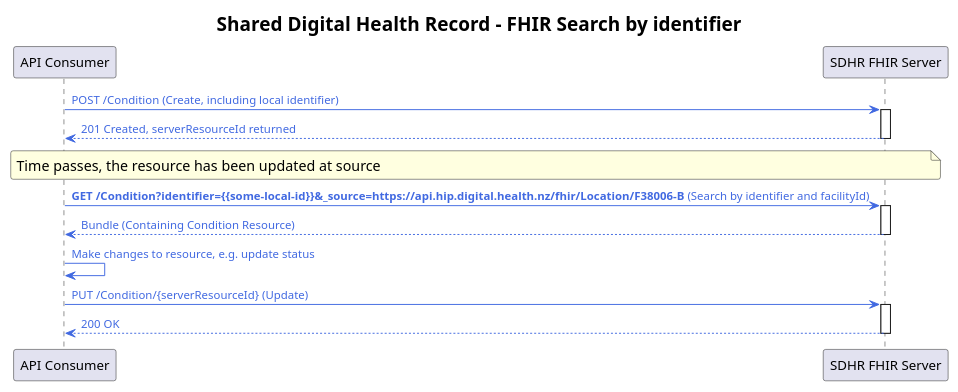
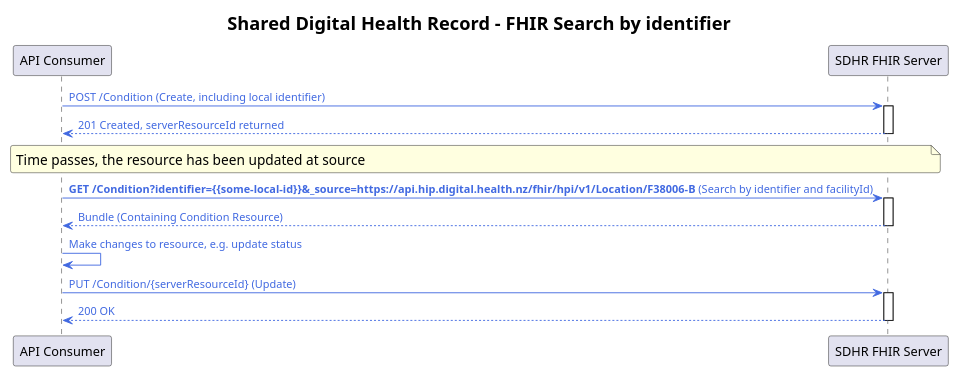
The diagram in input/images-source/search-by-identifier.plantuml (tewhatuora/fhir-sdhr), drawn with PlantUML before and after one commit. The commit also changed 31 other files, not shown here.

```diff
--- a/input/images-source/search-by-identifier.plantuml
+++ b/input/images-source/search-by-identifier.plantuml
@@ -1,52 +1,52 @@
 @startuml
 
 skinparam dpi 100 
 scale max 300 width
 
 skinparam ActivityDiamondBackgroundColor #RoyalBlue
 skinparam ArrowColor #RoyalBlue   
 skinparam ArrowFontColor #RoyalBlue   
 skinparam ArrowFontSize 12
 skinparam ArrowMessageAlignment right
 skinparam BoxPadding 10
 skinparam ClassFontSize 16
 skinparam ClassFontStyle bold
 skinparam ClassStereotypeFontSize 16
 skinparam dpi 300
 skinparam FooterFontSize 14
 skinparam FooterFontStyle italic
 skinparam LegendBackgroundColor #Snow
 skinparam LegendFontName Helvetica
 skinparam LegendFontSize 16
 skinparam linetype ortho
 skinparam nodesep 70
 skinparam NoteBackgroundColor #LightYellow
 skinparam NoteFontSize 15
 skinparam NoteTextAlignment left
 skinparam ranksep 60
 skinparam roundcorner 5
 skinparam TitleFontSize 20
 
 title "Shared Digital Health Record - FHIR Search by identifier"
 
 participant "API Consumer" as Client
 participant "SDHR FHIR Server" as Server
 
 Client -> Server: POST /Condition (Create, including local identifier)
 activate Server
 Server --> Client: 201 Created, serverResourceId returned
 deactivate Server
 
 note over Client, Server: Time passes, the resource has been updated at source
 
-Client -> Server: **GET /Condition?identifier={{some-local-id}}&_source=https://api.hip.digital.health.nz/fhir/Location/F38006-B** (Search by identifier and facilityId)
+Client -> Server: **GET /Condition?identifier={{some-local-id}}&_source=https://api.hip.digital.health.nz/fhir/hpi/v1/Location/F38006-B** (Search by identifier and facilityId)
 activate Server
 Server --> Client: Bundle (Containing Condition Resource)
 deactivate Server
 Client -> Client: Make changes to resource, e.g. update status
 Client -> Server: PUT /Condition/{serverResourceId} (Update)
 activate Server
 Server --> Client: 200 OK
 deactivate Server
 
 @enduml
```
